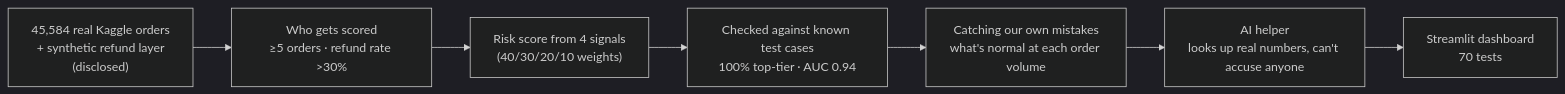
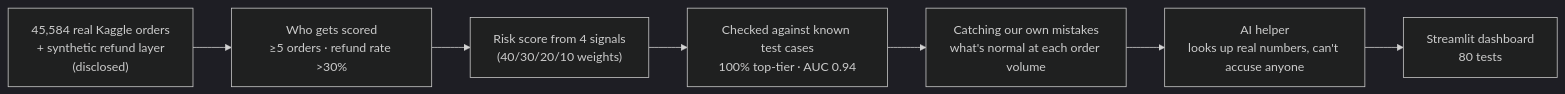
Before and after one commit to rishi-1603/zomato-refund-fraud-analytics: the diagram in README.md, drawn with Mermaid (dark theme). The commit also changed other lines of this file and 10 other files, not shown here.

````diff
--- a/README.md
+++ b/README.md
@@ -66,9 +66,9 @@
 ```mermaid
 flowchart LR
     A["45,584 real Kaggle orders<br/>+ synthetic refund layer<br/>(disclosed)"] --> B["Who gets scored<br/>≥5 orders · refund rate >30%"]
     B --> C["Risk score from 4 signals<br/>(40/30/20/10 weights)"]
     C --> D["Checked against known test cases<br/>100% top-tier · AUC 0.94"]
     D --> E["Catching our own mistakes<br/>what's normal at each order volume"]
     E --> F["AI helper<br/>looks up real numbers, can't accuse anyone"]
-    F --> G["Streamlit dashboard<br/>70 tests"]
+    F --> G["Streamlit dashboard<br/>80 tests"]
 ```
````
